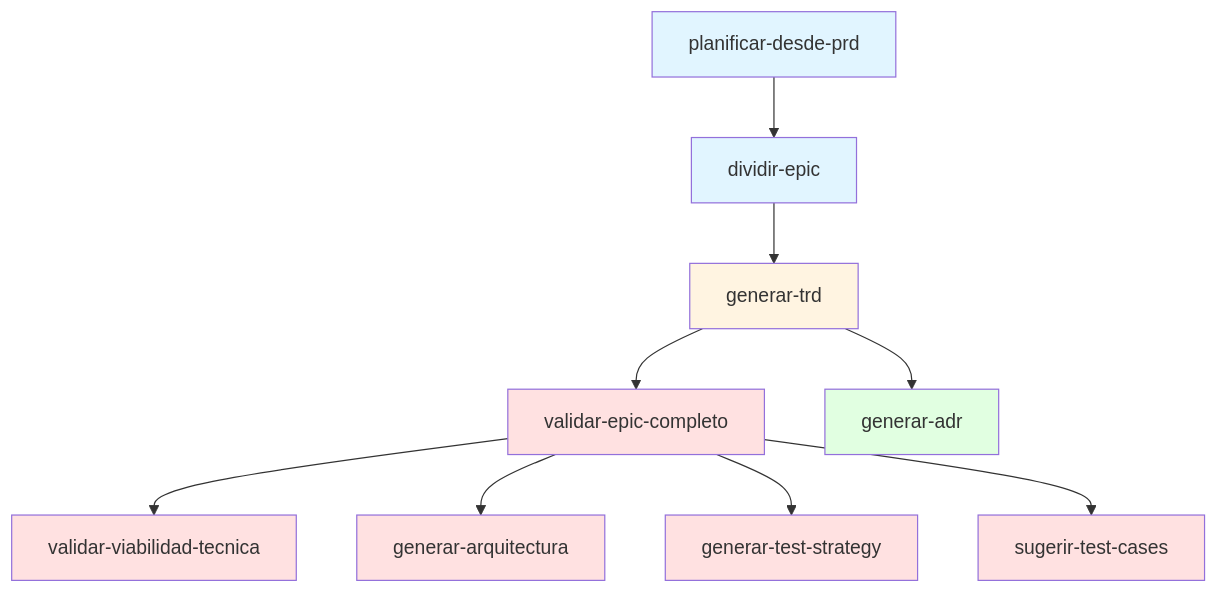
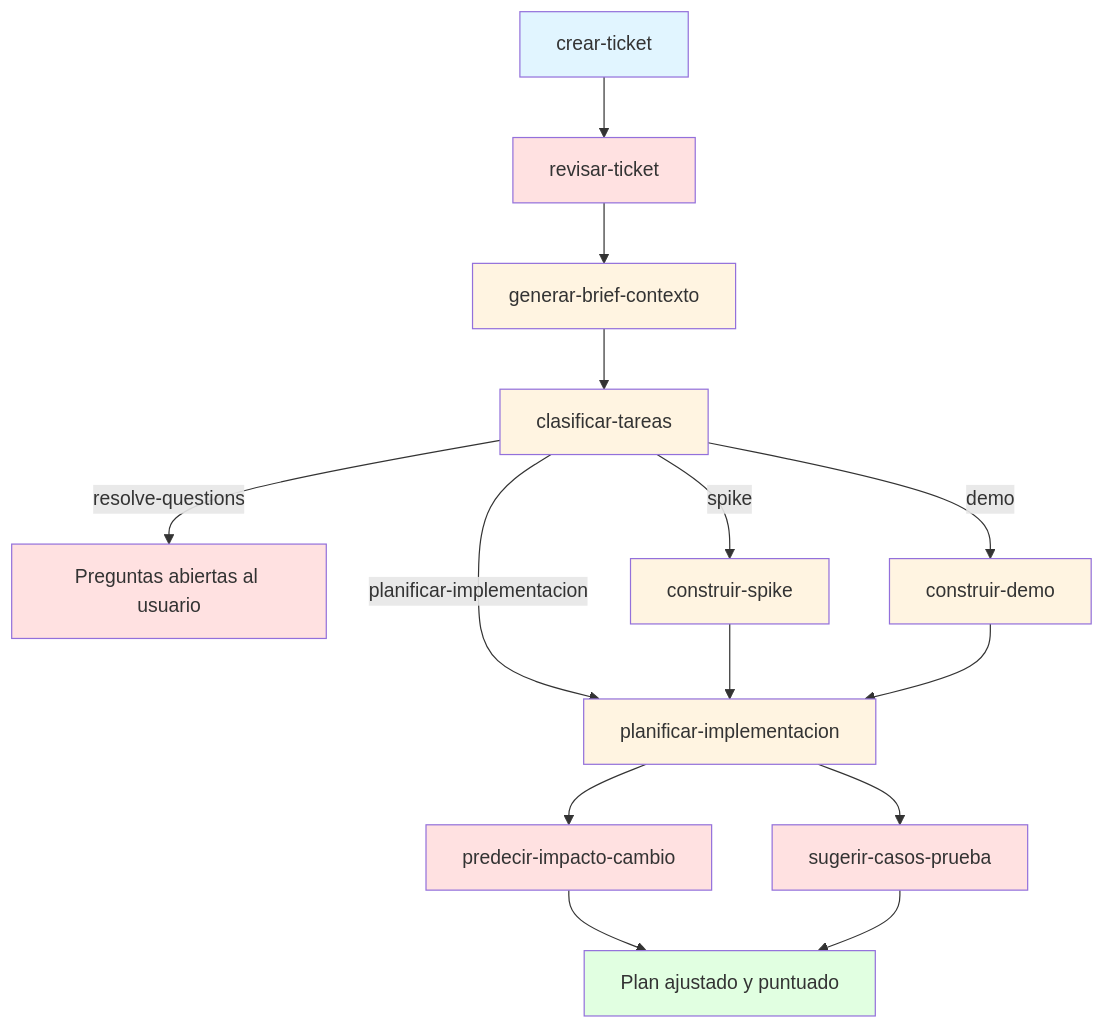
The fourth of 9 diagrams in docs/workflows.md (gilmrjc/factory), drawn with Mermaid before and after one commit. The commit also changed other lines of this file and 139 other files, not shown here.

````diff
--- a/docs/workflows.md
+++ b/docs/workflows.md
@@ -9,23 +305,28 @@
 ```mermaid
 flowchart TD
-    A[planificar-desde-prd] --> B[dividir-epic]
-    B --> C[generar-trd]
-    C --> D[validar-epic-completo]
-    
-    D --> E[validar-viabilidad-tecnica]
-    D --> F[generar-arquitectura]
-    D --> G[generar-test-strategy]
-    D --> H[sugerir-test-cases]
-    
-    C --> I[generar-adr]
-    
+    A[crear-ticket] --> B[revisar-ticket]
+    B --> C[generar-brief-contexto]
+    C --> D[clasificar-tareas]
+    D -->|resolve-questions| Q[Preguntas abiertas al usuario]
+    D -->|spike| S[construir-spike]
+    D -->|demo| H[construir-demo]
+    D -->|planificar-implementacion| E[planificar-implementacion]
+    S --> E
+    H --> E
+    E --> F[predecir-impacto-cambio]
+    E --> G[sugerir-casos-prueba]
+    F --> P[Plan ajustado y puntuado]
+    G --> P
+
     style A fill:#e1f5ff
-    style B fill:#e1f5ff
+    style B fill:#ffe1e1
     style C fill:#fff4e1
-    style D fill:#ffe1e1
-    style E fill:#ffe1e1
+    style D fill:#fff4e1
+    style Q fill:#ffe1e1
+    style S fill:#fff4e1
+    style H fill:#fff4e1
+    style E fill:#fff4e1
     style F fill:#ffe1e1
     style G fill:#ffe1e1
-    style H fill:#ffe1e1
-    style I fill:#e1ffe1
+    style P fill:#e1ffe1
 ```
````
